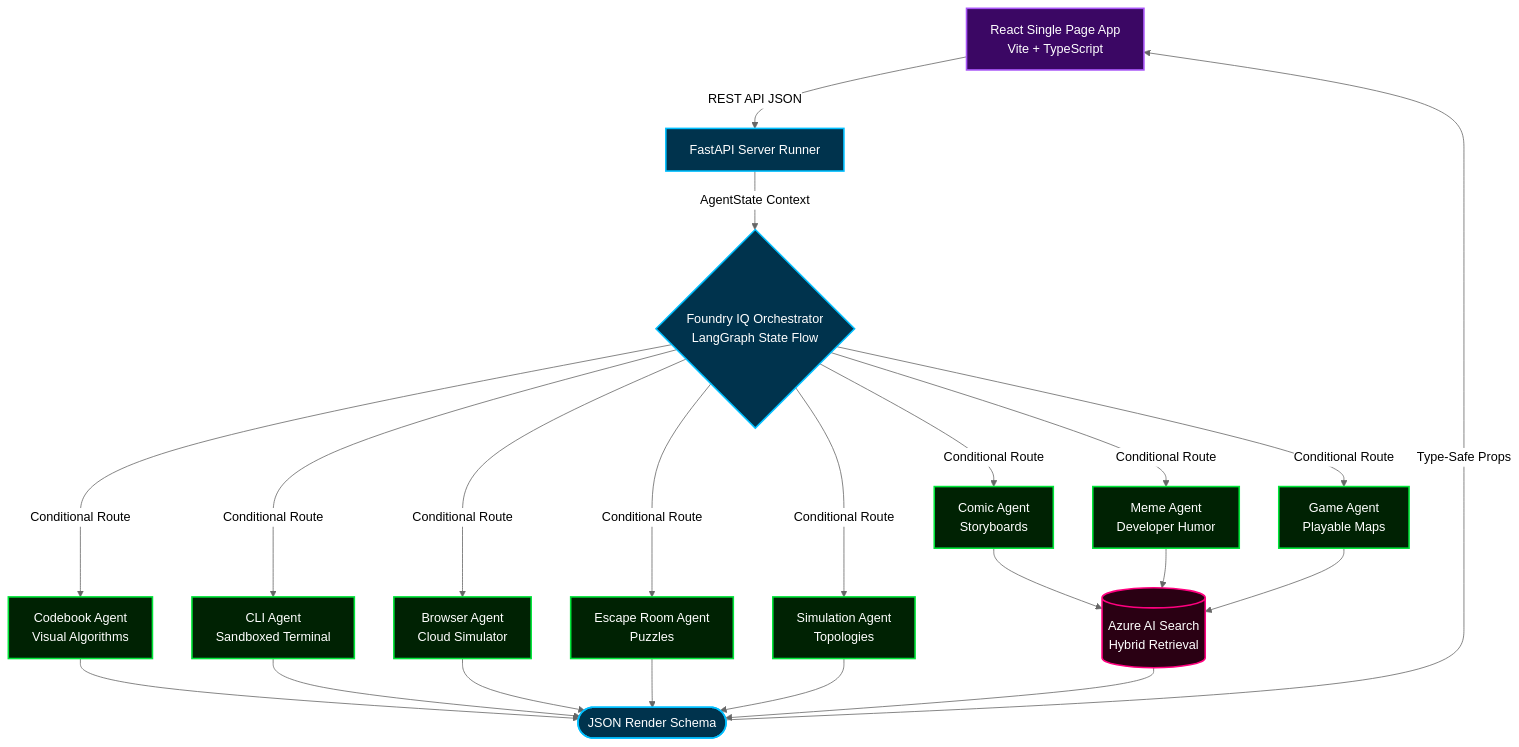
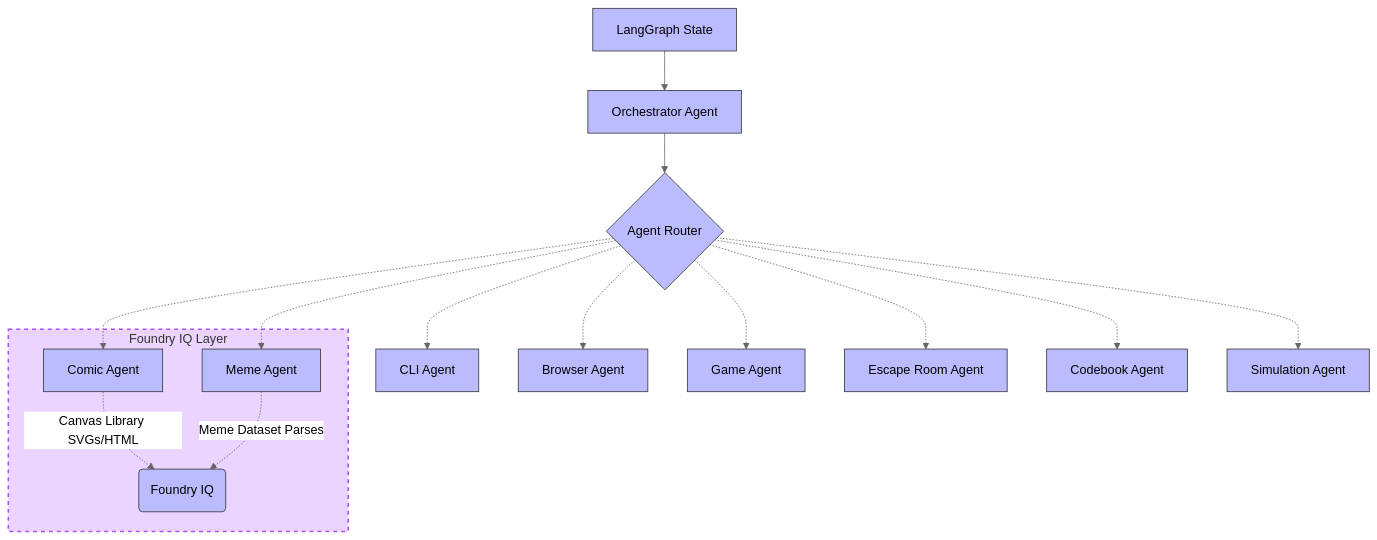
The diagram in README.md (Niteesh57/knowledgeforge), drawn with Mermaid (neutral theme) before and after one commit.

````diff
--- a/README.md
+++ b/README.md
@@ -44,37 +44,24 @@
 ```mermaid
 graph TD
-    UI[React Single Page App<br/>Vite + TypeScript] -->|REST API JSON| API[FastAPI Server Runner]
-    API -->|AgentState Context| Orchestrator{Foundry IQ Orchestrator<br/>LangGraph State Flow}
+    LGS[LangGraph State] --> Orch[Orchestrator Agent]
+    Orch --> Router{Agent Router}
     
-    Orchestrator -->|Conditional Route| Comic[Comic Agent<br/>Storyboards]
-    Orchestrator -->|Conditional Route| Codebook[Codebook Agent<br/>Visual Algorithms]
-    Orchestrator -->|Conditional Route| Game[Game Agent<br/>Playable Maps]
-    Orchestrator -->|Conditional Route| CLI[CLI Agent<br/>Sandboxed Terminal]
-    Orchestrator -->|Conditional Route| Browser[Browser Agent<br/>Cloud Simulator]
-    Orchestrator -->|Conditional Route| Escape[Escape Room Agent<br/>Puzzles]
-    Orchestrator -->|Conditional Route| Sim[Simulation Agent<br/>Topologies]
-    Orchestrator -->|Conditional Route| Meme[Meme Agent<br/>Developer Humor]
+    Router -.-> CLI[CLI Agent]
+    Router -.-> Browser[Browser Agent]
+    Router -.-> Game[Game Agent]
+    Router -.-> Escape[Escape Room Agent]
+    Router -.-> Codebook[Codebook Agent]
+    Router -.-> Sim[Simulation Agent]
+    Router -.-> Comic[Comic Agent]
+    Router -.-> Meme[Meme Agent]
     
-    Comic --> DB[(Azure AI Search<br/>Hybrid Retrieval)]
-    Meme --> DB
-    Game --> DB
+    subgraph FoundryLayer [Foundry IQ Layer]
+        Comic -.->|Canvas Library SVGs/HTML| FIQ(Foundry IQ)
+        Meme -.->|Meme Dataset Parses| FIQ
+    end
     
-    Codebook --> Out([JSON Render Schema])
-    CLI --> Out
-    Browser --> Out
-    Escape --> Out
-    Sim --> Out
-    DB --> Out
+    classDef default fill:#bbf,stroke:#333,stroke-width:1px;
+    classDef agent fill:#bbf,stroke:#333,stroke-width:1px;
     
-    Out -->|Type-Safe Props| UI
-    
-    classDef frontend fill:#3b0764,stroke:#a855f7,stroke-width:2px,color:#fff;
-    classDef backend fill:#00334d,stroke:#00bfff,stroke-width:2px,color:#fff;
-    classDef agent fill:#002203,stroke:#00e639,stroke-width:2px,color:#fff;
-    classDef db fill:#2a0013,stroke:#ff007f,stroke-width:2px,color:#fff;
-    
-    class UI frontend;
-    class API,Orchestrator,Out backend;
-    class Comic,Codebook,Game,CLI,Browser,Escape,Sim,Meme agent;
-    class DB db;
+    style FoundryLayer fill:#ebd4ff,stroke:#a855f7,stroke-width:2px,stroke-dasharray: 5 5
 ```
````
